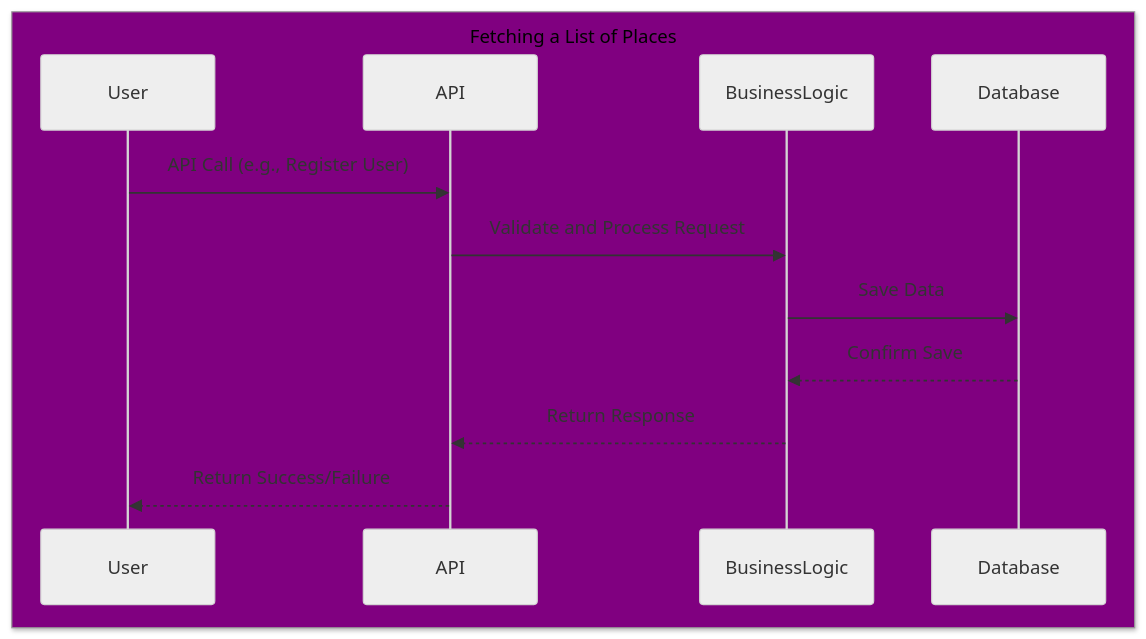
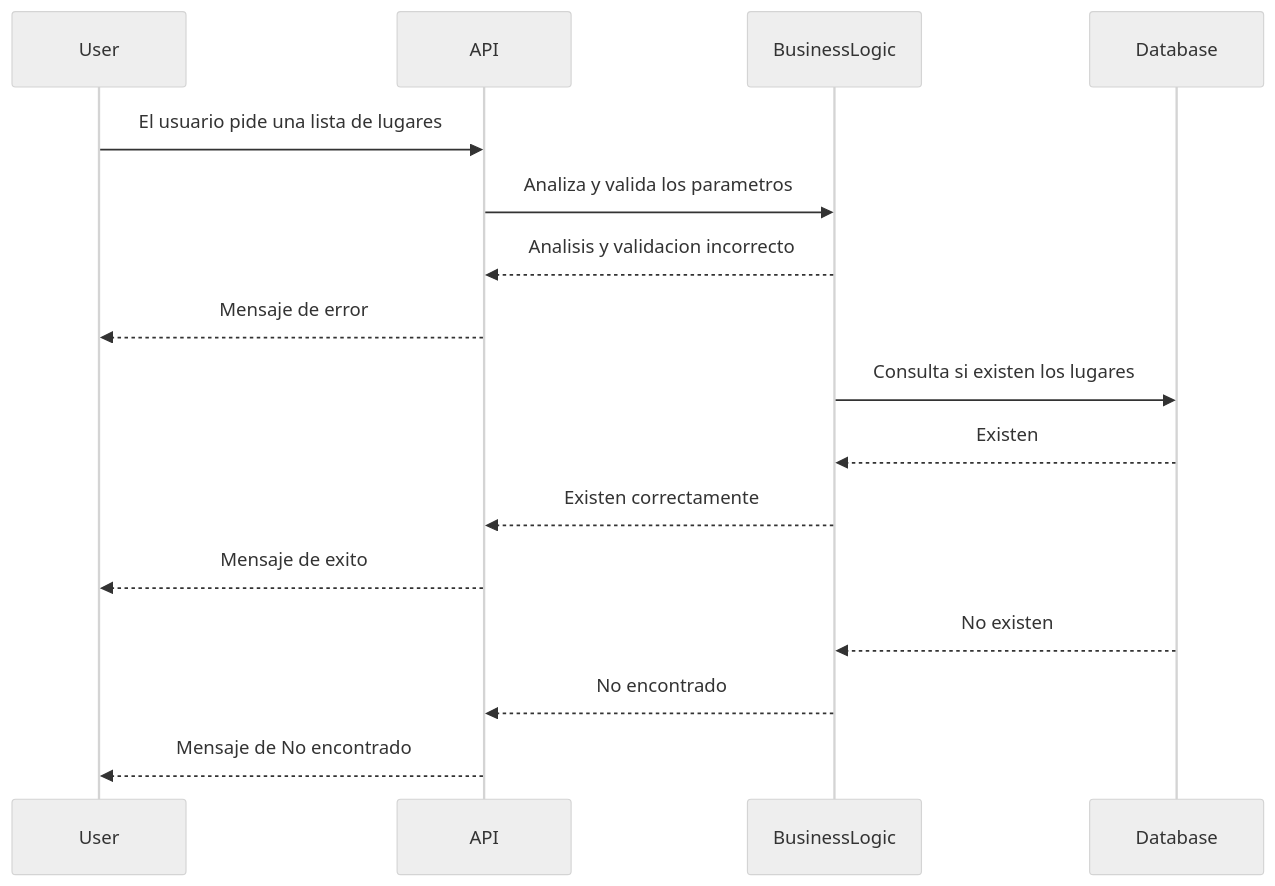
Before and after one commit to feratholberton/holbertonschool-hbnb: the sixth of 6 diagrams in README.md, drawn with Mermaid (neutral theme).

Commit message:
Fetching a List of Places sequence

````diff
--- a/README.md
+++ b/README.md
@@ -223,15 +223,19 @@
 ```mermaid
 sequenceDiagram
-box Purple Fetching a List of Places
-    participant User
-    participant API
-    participant BusinessLogic
-    participant Database
-end
-User->>API: API Call (e.g., Register User)
-API->>BusinessLogic: Validate and Process Request
-BusinessLogic->>Database: Save Data
-Database-->>BusinessLogic: Confirm Save
-BusinessLogic-->>API: Return Response
-API-->>User: Return Success/Failure
+  participant User as User
+  participant API as API
+  participant BusinessLogic as BusinessLogic
+  participant Database as Database
+
+  User ->> API: El usuario pide una lista de lugares 
+  API ->> BusinessLogic: Analiza y valida los parametros
+  BusinessLogic -->> API: Analisis y validacion incorrecto
+  API -->> User: Mensaje de error
+  BusinessLogic ->> Database: Consulta si existen los lugares
+  Database -->> BusinessLogic: Existen
+  BusinessLogic -->> API: Existen correctamente
+  API -->> User: Mensaje de exito
+  Database -->> BusinessLogic: No existen
+  BusinessLogic -->> API: No encontrado
+  API -->> User: Mensaje de No encontrado
 ```
````
